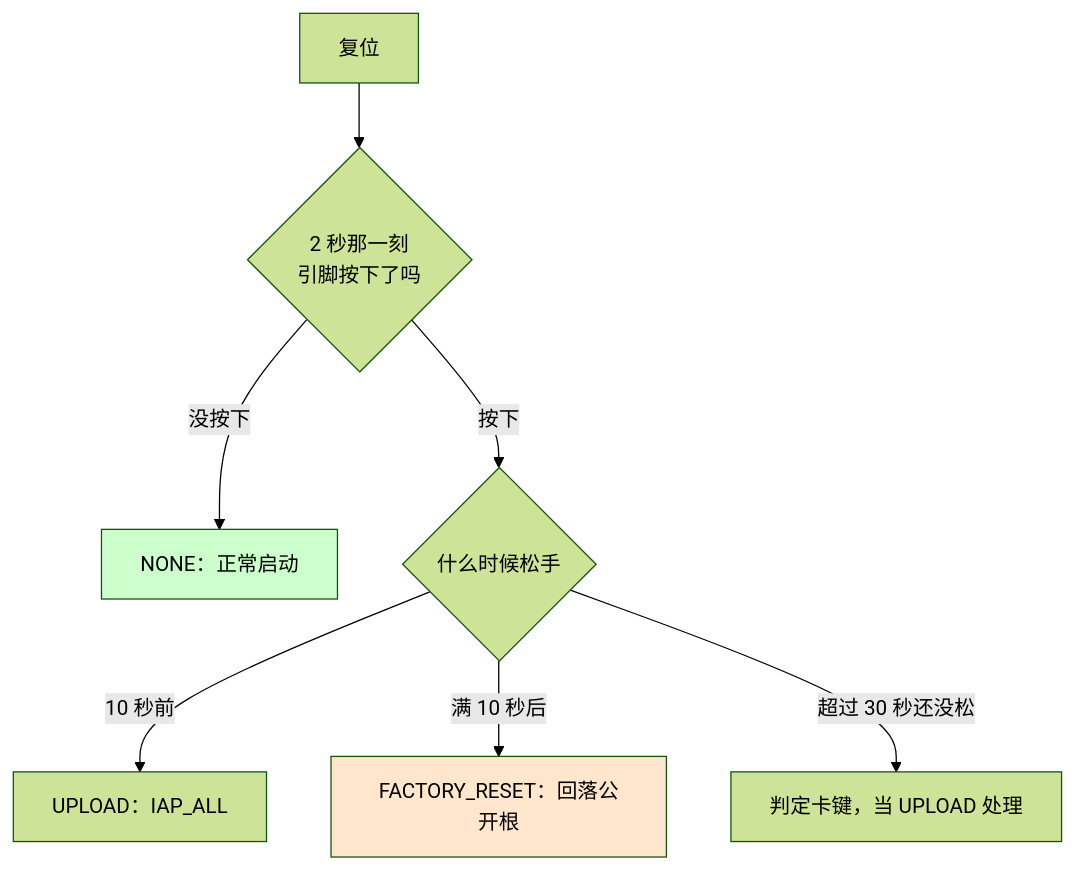
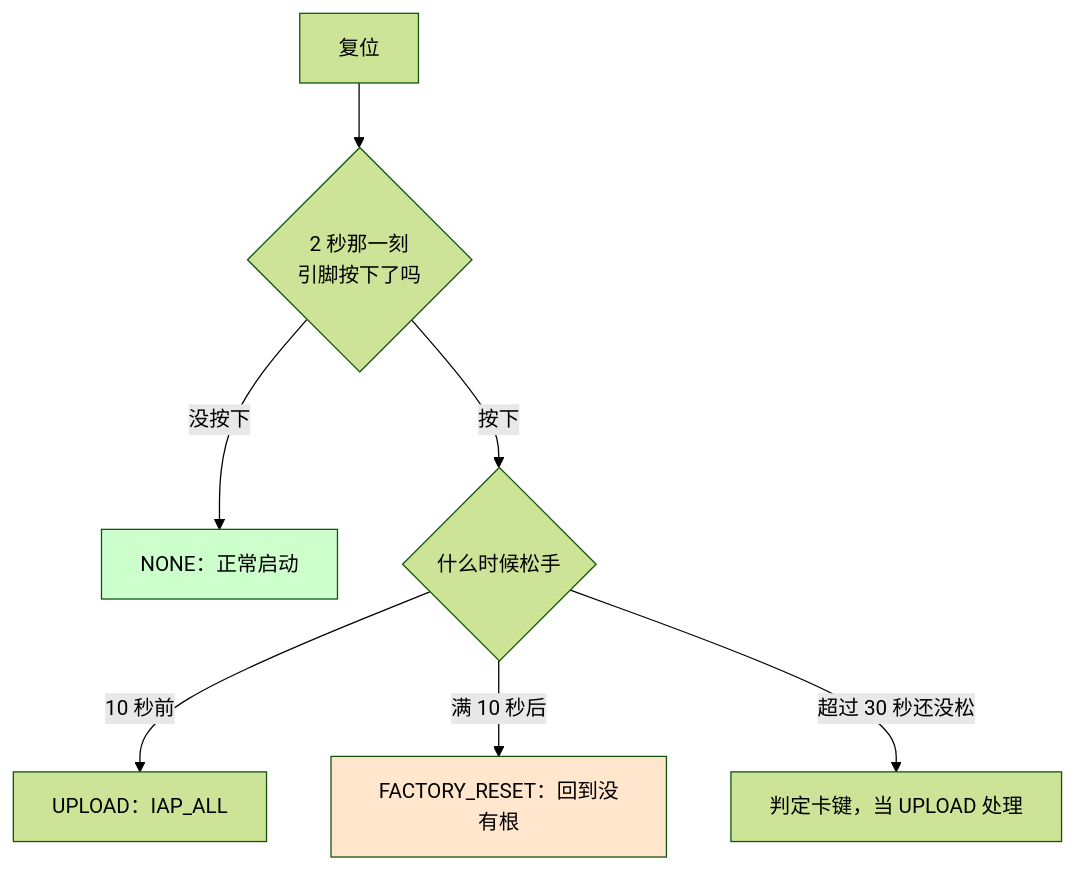
The fifth of 5 diagrams in docs/modules/M2-ownership.md (haliboteda/OpenPLC_Docs), drawn with Mermaid (forest theme) before and after one commit. The commit also changed other lines of this file and 18 other files, not shown here.

````diff
--- a/docs/modules/M2-ownership.md
+++ b/docs/modules/M2-ownership.md
@@ -472,11 +423,11 @@
 ```mermaid
 flowchart TD
     R[复位] --> D{2 秒那一刻<br/>引脚按下了吗}
     D -->|没按下| N[NONE：正常启动]
     D -->|按下| U{什么时候松手}
     U -->|10 秒前| UP[UPLOAD：IAP_ALL]
-    U -->|满 10 秒后| FR[FACTORY_RESET：回落公开根]
+    U -->|满 10 秒后| FR[FACTORY_RESET：回到没有根]
     U -->|超过 30 秒还没松| TO[判定卡键，当 UPLOAD 处理]
     style FR fill:#ffe6cc
     style N fill:#ccffcc
 ```
````
